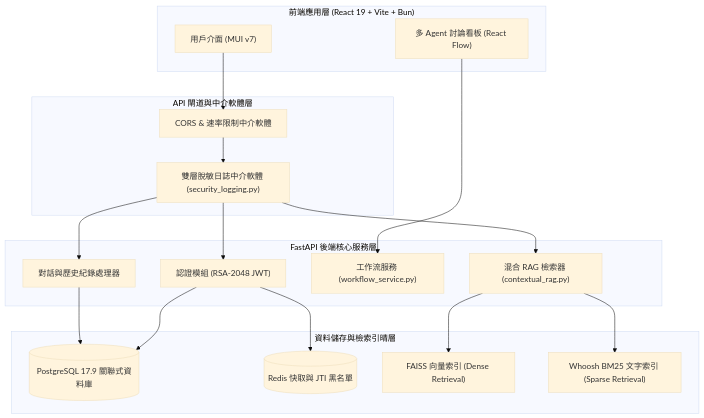
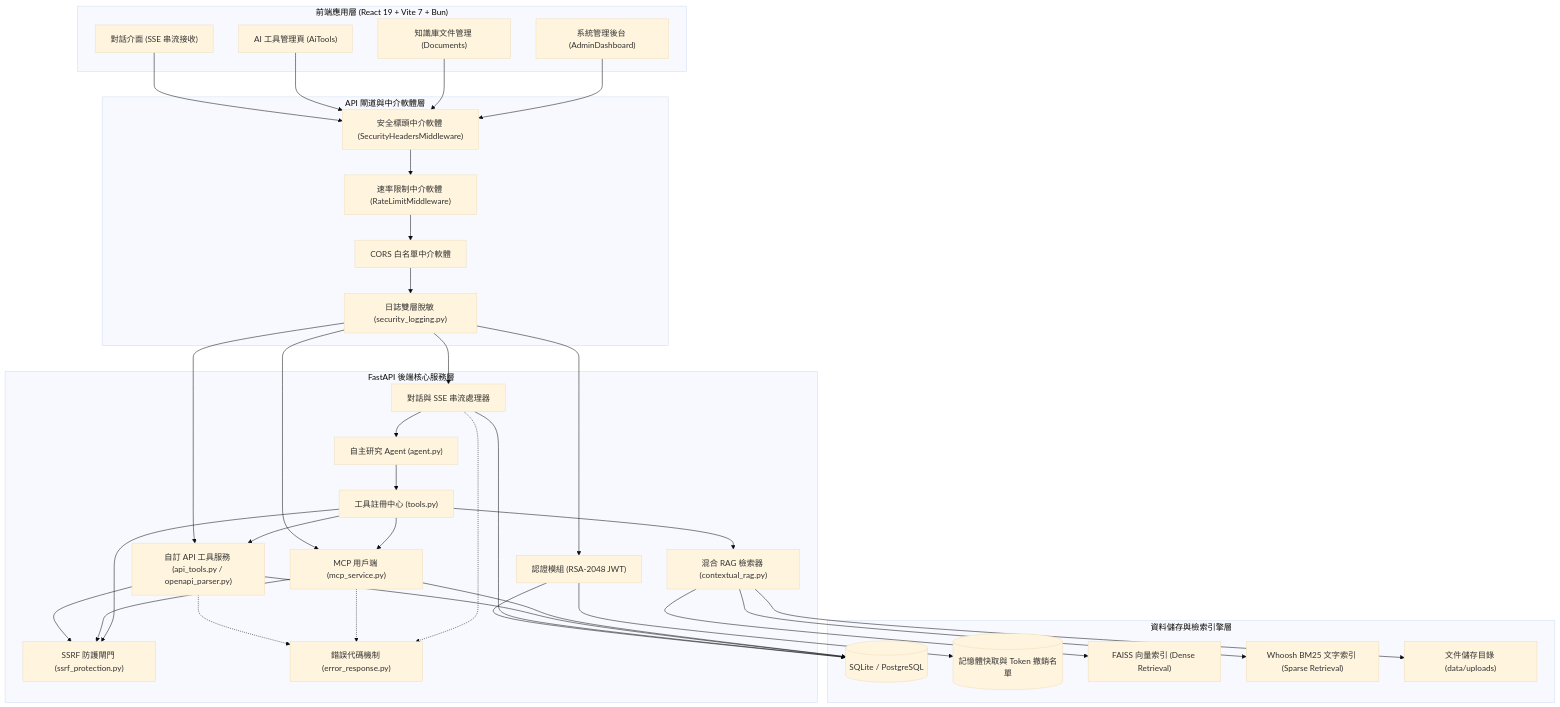
Before and after one commit to Scorpio-meow/AskMiao: the first of 6 diagrams in docs/architecture.md, drawn with Mermaid (base theme). The commit also changed other lines of this file and 15 other files, not shown here.

````diff
--- a/docs/architecture.md
+++ b/docs/architecture.md
@@ -13,38 +13,67 @@
 ```mermaid
 flowchart TB
-    subgraph Client ["前端應用層 (React 19 + Vite + Bun)"]
-        UI["用戶介面 (MUI v7)"]
-        Board["多 Agent 討論看板 (React Flow)"]
+    subgraph Client ["前端應用層 (React 19 + Vite 7 + Bun)"]
+        UI["對話介面 (SSE 串流接收)"]
+        ToolsUI["AI 工具管理頁 (AiTools)"]
+        DocsUI["知識庫文件管理 (Documents)"]
+        AdminUI["系統管理後台 (AdminDashboard)"]
     end
 
     subgraph Gateway ["API 閘道與中介軟體層"]
-        CORSMiddleware["CORS & 速率限制中介軟體"]
-        SecurityLogging["雙層脫敏日誌中介軟體 (security_logging.py)"]
+        SecHeaders["安全標頭中介軟體 (SecurityHeadersMiddleware)"]
+        RateLimit["速率限制中介軟體 (RateLimitMiddleware)"]
+        CORS["CORS 白名單中介軟體"]
+        Redact["日誌雙層脫敏 (security_logging.py)"]
     end
 
     subgraph Backend ["FastAPI 後端核心服務層"]
         AuthModule["認證模組 (RSA-2048 JWT)"]
+        ChatModule["對話與 SSE 串流處理器"]
         RAGModule["混合 RAG 檢索器 (contextual_rag.py)"]
-        WorkflowModule["工作流服務 (workflow_service.py)"]
-        ChatModule["對話與歷史紀錄處理器"]
+        AgentModule["自主研究 Agent (agent.py)"]
+        ToolModule["工具註冊中心 (tools.py)"]
+        ApiToolModule["自訂 API 工具服務 (api_tools.py / openapi_parser.py)"]
+        McpModule["MCP 用戶端 (mcp_service.py)"]
+        SSRFGuard["SSRF 防護閘門 (ssrf_protection.py)"]
+        ErrModule["錯誤代碼機制 (error_response.py)"]
     end
 
-    subgraph Storage ["資料儲存與檢索引晴層"]
-        DB[(PostgreSQL 17.9 關聯式資料庫)]
-        RedisCache[(Redis 快取與 JTI 黑名單)]
+    subgraph Storage ["資料儲存與檢索引擎層"]
+        DB[(SQLite / PostgreSQL)]
+        MemCache[("記憶體快取與 Token 撤銷名單")]
         FAISSIndex["FAISS 向量索引 (Dense Retrieval)"]
         BM25Index["Whoosh BM25 文字索引 (Sparse Retrieval)"]
+        Uploads["文件儲存目錄 (data/uploads)"]
     end
 
-    UI --> CORSMiddleware
-    Board --> WorkflowModule
-    CORSMiddleware --> SecurityLogging
-    SecurityLogging --> AuthModule
-    SecurityLogging --> RAGModule
-    SecurityLogging --> ChatModule
+    UI --> SecHeaders
+    ToolsUI --> SecHeaders
+    DocsUI --> SecHeaders
+    AdminUI --> SecHeaders
+    SecHeaders --> RateLimit --> CORS --> Redact
+    Redact --> AuthModule
+    Redact --> ChatModule
+    Redact --> ApiToolModule
+    Redact --> McpModule
+
+    ChatModule --> AgentModule
+    AgentModule --> ToolModule
+    ToolModule --> RAGModule
+    ToolModule --> ApiToolModule
+    ToolModule --> McpModule
+    ApiToolModule --> SSRFGuard
+    McpModule --> SSRFGuard
+    ToolModule --> SSRFGuard
+
     AuthModule --> DB
-    AuthModule --> RedisCache
+    AuthModule --> MemCache
+    ChatModule --> DB
+    ApiToolModule --> DB
+    McpModule --> DB
     RAGModule --> FAISSIndex
     RAGModule --> BM25Index
-    ChatModule --> DB
+    RAGModule --> Uploads
+    ApiToolModule -.-> ErrModule
+    McpModule -.-> ErrModule
+    ChatModule -.-> ErrModule
 ```
````
